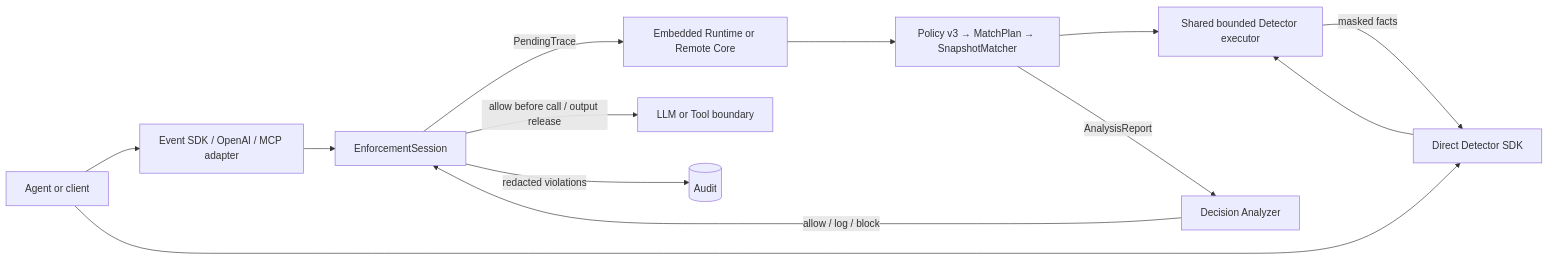
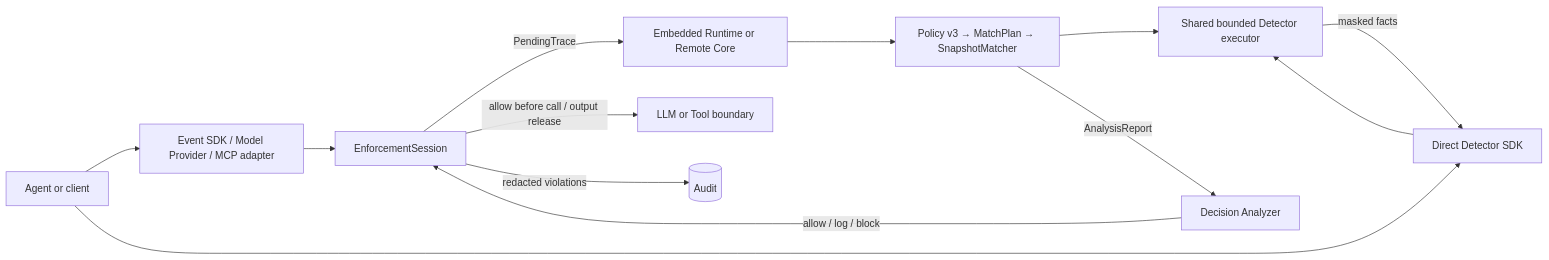
One commit to cipeizheng/agent-guardrail changed the diagram in README.md. Above: the diagram before and after it, drawn with Mermaid. The commit also changed other lines of this file and 33 other files, not shown here.

````diff
--- a/README.md
+++ b/README.md
@@ -43,15 +43,15 @@
 ```mermaid
 flowchart LR
-    A[Agent or client] --> B[Event SDK / OpenAI / MCP adapter]
+    A[Agent or client] --> B[Event SDK / Model Provider / MCP adapter]
     A --> I[Direct Detector SDK]
     B --> C[EnforcementSession]
     C -->|PendingTrace| D[Embedded Runtime or Remote Core]
     D --> E[Policy v3 → MatchPlan → SnapshotMatcher]
     E --> J[Shared bounded Detector executor]
     I --> J
     J -->|masked facts| I
     E -->|AnalysisReport| F[Decision Analyzer]
     F -->|allow / log / block| C
     C -->|allow before call / output release| G[LLM or Tool boundary]
     C -->|redacted violations| H[(Audit)]
 ```
````
